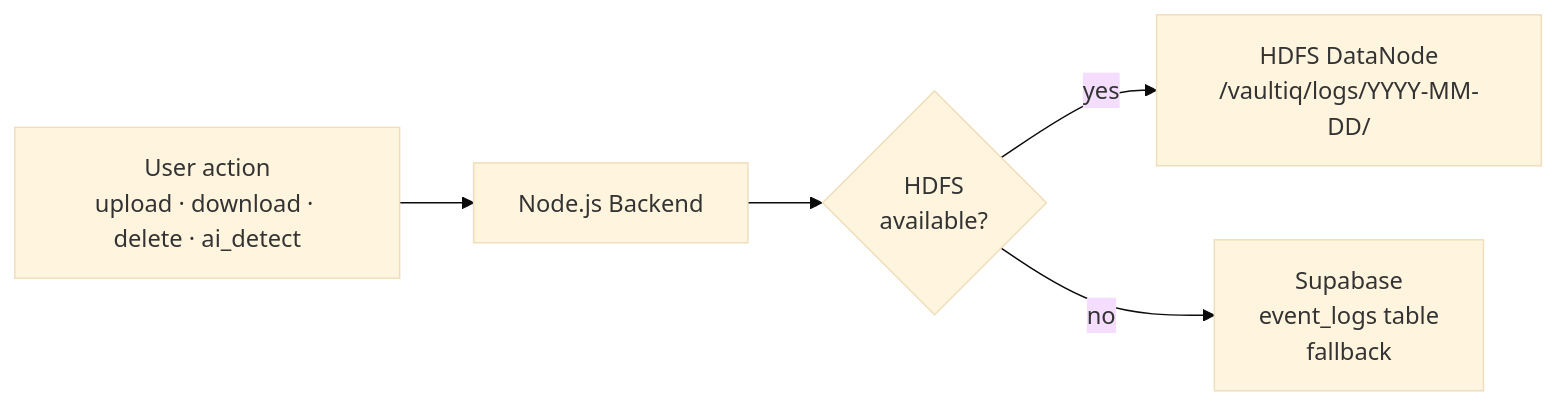
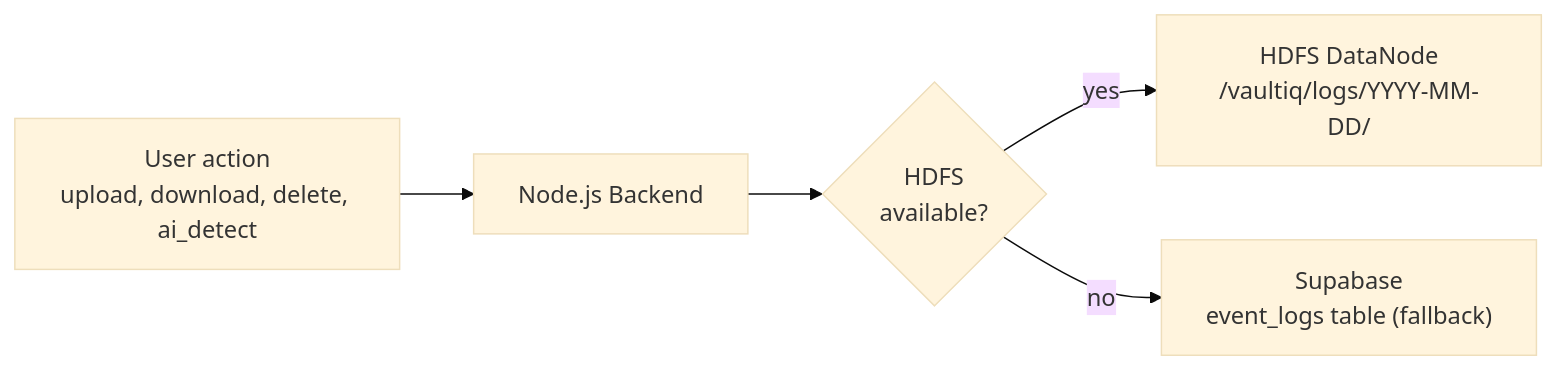
The eighth of 13 diagrams in README.md (securitywithhem/vaultiq), drawn with Mermaid (base theme) before and after one commit. The commit also changed other lines of this file, not shown here.

````diff
--- a/README.md
+++ b/README.md
@@ -355,13 +432,7 @@
 ```mermaid
 flowchart LR
-    Action[User action\nupload · download · delete · ai_detect]
-    Node[Node.js Backend]
-    HDFSCheck{HDFS\navailable?}
-    HDFS[HDFS DataNode\n/vaultiq/logs/YYYY-MM-DD/]
-    Supa[Supabase\nevent_logs table\nfallback]
-
-    Action --> Node
-    Node --> HDFSCheck
-    HDFSCheck -->|yes| HDFS
-    HDFSCheck -->|no| Supa
+    Action["User action<br/>upload, download, delete, ai_detect"] --> Node["Node.js Backend"]
+    Node --> HDFSCheck{"HDFS<br/>available?"}
+    HDFSCheck -->|"yes"| HDFS["HDFS DataNode<br/>/vaultiq/logs/YYYY-MM-DD/"]
+    HDFSCheck -->|"no"| Supa["Supabase<br/>event_logs table (fallback)"]
 ```
````
